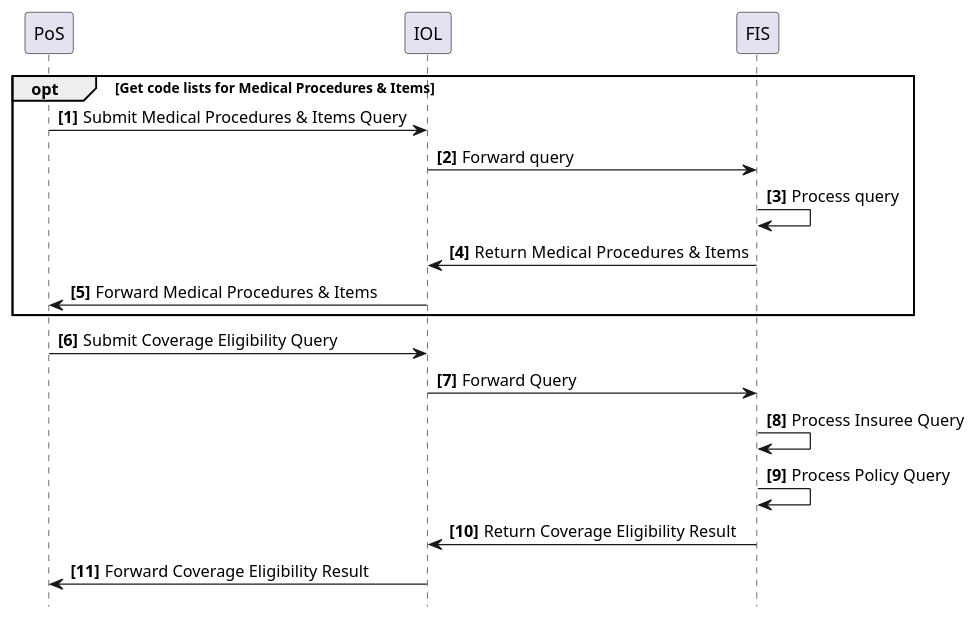
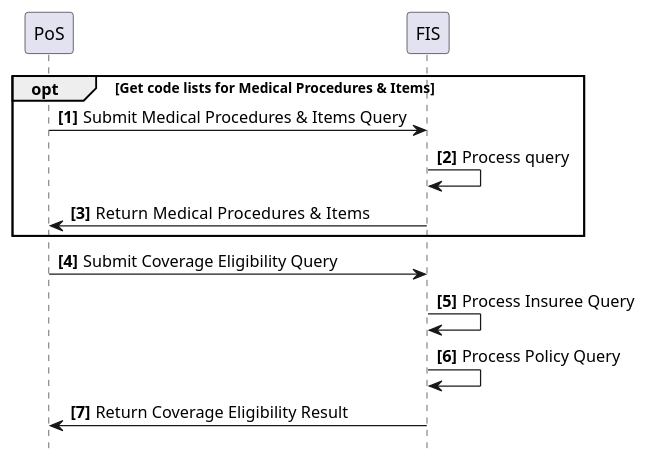
The diagram in input/images-source/usecase3-processflow.plantuml (IHE/ITI.Finance), drawn with PlantUML before and after one commit. The commit also changed 7 other files, not shown here.

Commit message:
Removed IOL (mediator layer) from use cases and diagrams as it's not needed for the use cases.

```diff
--- a/input/images-source/usecase3-processflow.plantuml
+++ b/input/images-source/usecase3-processflow.plantuml
@@ -1,27 +1,22 @@
 @startuml
 skinparam svgDimensionStyle false
 hide footbox
 autonumber "<b>[0]"
 
 participant PoS
-participant IOL
 participant FIS
 
 
 opt Get code lists for Medical Procedures & Items
-	PoS -> IOL: Submit Medical Procedures & Items Query
-	IOL -> FIS: Forward query
+	PoS -> FIS: Submit Medical Procedures & Items Query
 	FIS -> FIS: Process query
-	FIS -> IOL: Return  Medical Procedures & Items
-	IOL -> PoS: Forward Medical Procedures & Items
+	FIS -> PoS: Return  Medical Procedures & Items
 end opt
  
 
-PoS -> IOL: Submit Coverage Eligibility Query
-IOL -> FIS: Forward Query
+PoS -> FIS: Submit Coverage Eligibility Query
 FIS -> FIS: Process Insuree Query
 FIS -> FIS: Process Policy Query
-FIS -> IOL: Return Coverage Eligibility Result
-IOL -> PoS: Forward Coverage Eligibility Result
+FIS -> PoS: Return Coverage Eligibility Result
 
 @enduml
```
